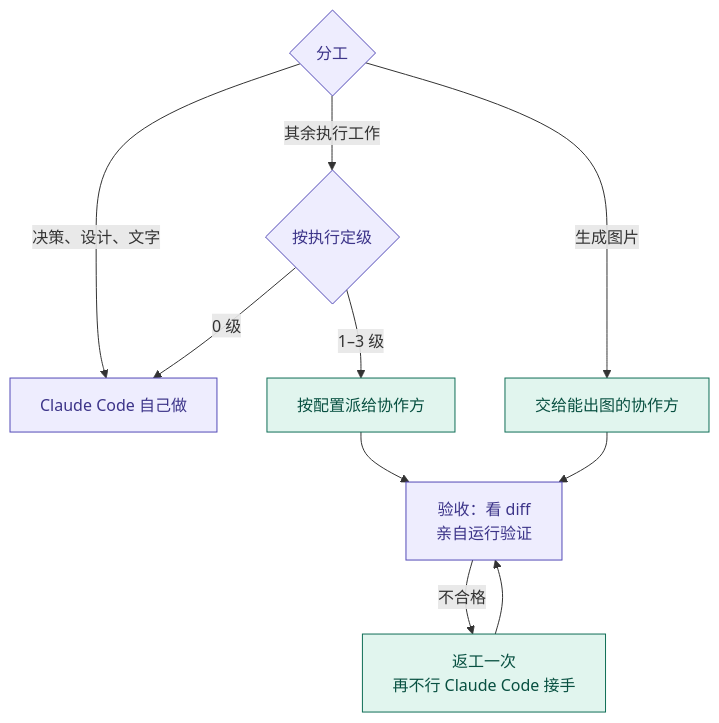
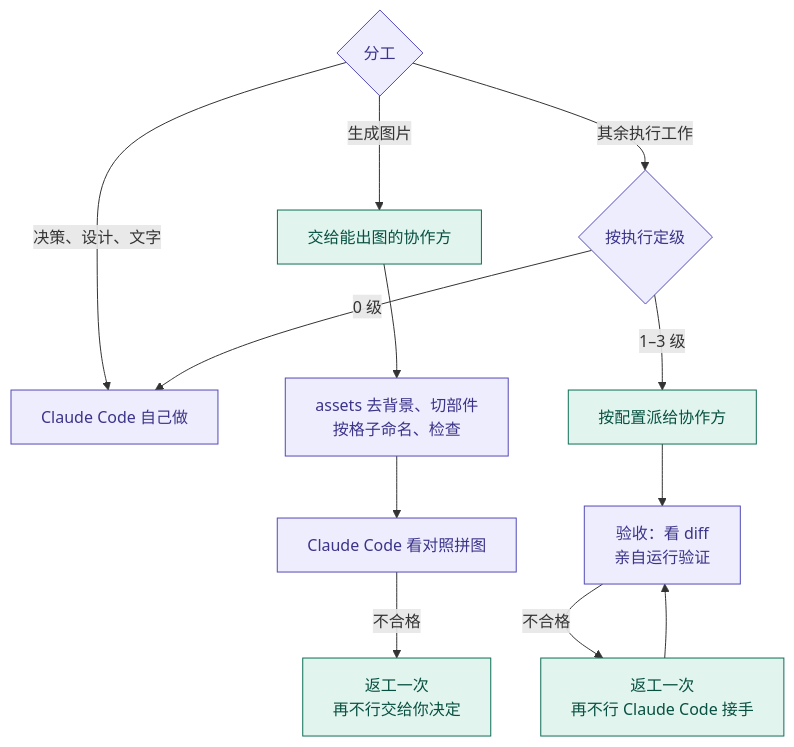
The third of 4 diagrams in README.md (DaydayupV/claude-foreman), drawn with Mermaid before and after one commit. The commit also changed other lines of this file and 27 other files, not shown here.

````diff
--- a/README.md
+++ b/README.md
@@ -62,17 +62,19 @@
 ```mermaid
 flowchart TD
     r0{"分工"} -- "决策、设计、文字" --> rself["Claude Code 自己做"]
     r0 -- "生成图片" --> rimg["交给能出图的协作方"]
     r0 -- "其余执行工作" --> rlevel{"按执行定级"}
     rlevel -- "0 级" --> rself
     rlevel -- "1–3 级" --> rrun["按配置派给协作方"]
     rrun --> rcheck["验收：看 diff<br/>亲自运行验证"]
-    rimg --> rcheck
+    rimg --> rasset["assets 去背景、切部件<br/>按格子命名、检查"]
+    rasset --> rimgcheck["Claude Code 看对照拼图"]
+    rimgcheck -- "不合格" --> rimgredo["返工一次<br/>再不行交给你决定"]
     rcheck -- "不合格" --> rrework["返工一次<br/>再不行 Claude Code 接手"]
     rrework --> rcheck
 
     classDef claude fill:#EEEDFE,stroke:#534AB7,color:#3C3489
     classDef agent fill:#E1F5EE,stroke:#0F6E56,color:#085041
-    class r0,rself,rlevel,rcheck claude
-    class rimg,rrun,rrework agent
+    class r0,rself,rlevel,rcheck,rasset,rimgcheck claude
+    class rimg,rrun,rrework,rimgredo agent
 ```
````
